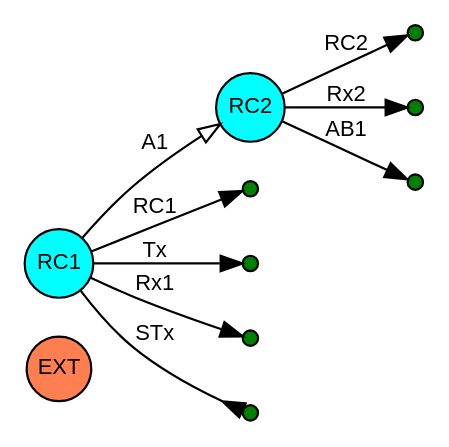
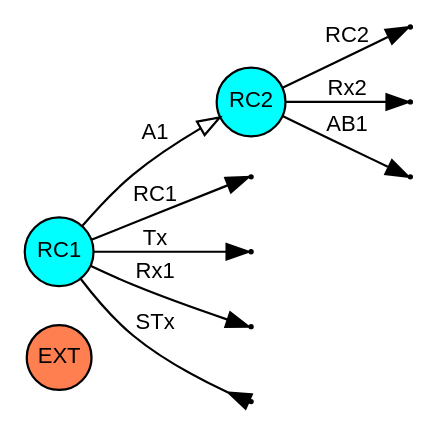
Before and after one commit to WZhaoKe/aegpwb: the diagram in doc/figures/src/NRC_EMT.dot, drawn with Graphviz. The commit also changed 22 other files, not shown here.

```diff
--- a/doc/figures/src/NRC_EMT.dot
+++ b/doc/figures/src/NRC_EMT.dot
@@ -1,24 +1,24 @@
 digraph pwb_model {
 	rankdir=LR;
 	size="8,5"
 	node [ shape = circle , fontname = "Helvetica" , fontsize = 10 , height = 0.1 , width = 0.1 , margin = 0.01 ,  style=filled ];
 	edge [ fontname = "Helvetica" , forcelabels= true , fontsize = 10 ];
 	"EXT" [shape=circle , regular=1, style=filled , fillcolor=coral ];
 	"RC1" [ shape=circle fillcolor=cyan ];
 	"RC2" [ shape=circle fillcolor=cyan ];
-"REF1" [shape=circle , label ="", width=0.1 , height=0.1, regular=1, style=filled , fillcolor=green ];
+"REF1" [shape=point , label ="", width=0.02 , height=0.02, regular=1, style=filled , fillcolor=black ];
 	RC1 -> REF1 [ label = "RC1" , arrowhead = "normal" ];
-"REF2" [shape=circle , label ="", width=0.1 , height=0.1, regular=1, style=filled , fillcolor=green ];
+"REF2" [shape=point , label ="", width=0.02 , height=0.02, regular=1, style=filled , fillcolor=black ];
 	RC2 -> REF2 [ label = "RC2" , arrowhead = "normal" ];
 	RC1 -> RC2 [ label = "A1" , arrowhead = "empty" ];
-"REF3" [shape=circle , label ="", width=0.1 , height=0.1, regular=1, style=filled , fillcolor=green ];
+"REF3" [shape=point , label ="", width=0.02 , height=0.02, regular=1, style=filled , fillcolor=black ];
 	RC1 -> REF3 [ label = "Tx" , arrowhead = "normal" ];
-"REF4" [shape=circle , label ="", width=0.1 , height=0.1, regular=1, style=filled , fillcolor=green ];
+"REF4" [shape=point , label ="", width=0.02 , height=0.02, regular=1, style=filled , fillcolor=black ];
 	RC1 -> REF4 [ label = "Rx1" , arrowhead = "normal" ];
-"REF5" [shape=circle , label ="", width=0.1 , height=0.1, regular=1, style=filled , fillcolor=green ];
+"REF5" [shape=point , label ="", width=0.02 , height=0.02, regular=1, style=filled , fillcolor=black ];
 	RC2 -> REF5 [ label = "Rx2" , arrowhead = "normal" ];
-"REF6" [shape=circle , label ="", width=0.1 , height=0.1, regular=1, style=filled , fillcolor=green ];
+"REF6" [shape=point , label ="", width=0.02 , height=0.02, regular=1, style=filled , fillcolor=black ];
 	RC1 -> REF6 [ label = "STx" , arrowhead = "inv" ];
-"REF7" [shape=circle , label ="", width=0.1 , height=0.1, regular=1, style=filled , fillcolor=green ];
+"REF7" [shape=point , label ="", width=0.02 , height=0.02, regular=1, style=filled , fillcolor=black ];
 	RC2 -> REF7 [ label = "AB1" , arrowhead = "normal" ];
 }
```
